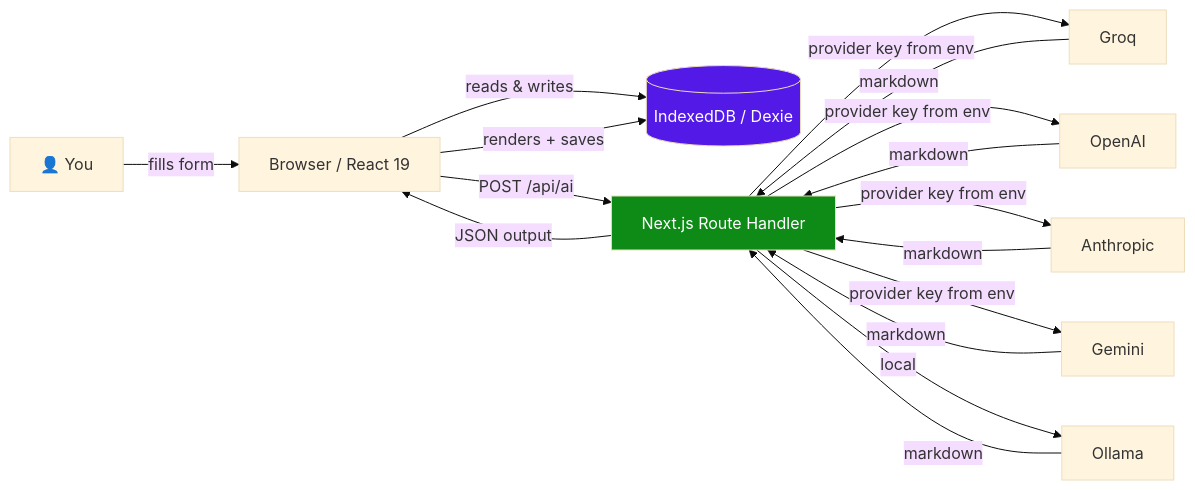
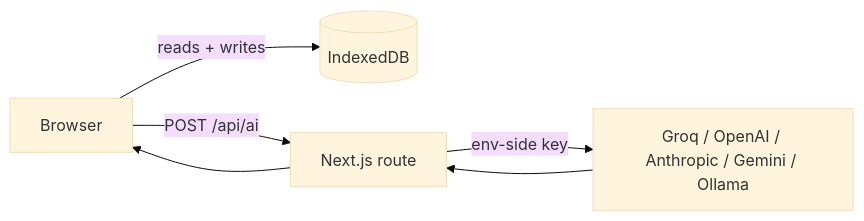
The second of 2 diagrams in README.md (avinashgaurav/pm-os), drawn with Mermaid (base theme) before and after one commit. The commit also changed other lines of this file, not shown here.

````diff
--- a/README.md
+++ b/README.md
@@ -115,16 +131,7 @@
 ```mermaid
 flowchart LR
-    U[👤 You] -->|fills form| C[Browser / React 19]
-    C -->|reads & writes| D[(IndexedDB / Dexie)]
-    C -->|POST /api/ai| S[Next.js Route Handler]
-    S -->|provider key from env| G[Groq]
-    S -->|provider key from env| O[OpenAI]
-    S -->|provider key from env| A[Anthropic]
-    S -->|provider key from env| GE[Gemini]
-    S -->|local| OL[Ollama]
-    G & O & A & GE & OL -->|markdown| S
-    S -->|JSON output| C
-    C -->|renders + saves| D
-    style D fill:#5319e7,color:#fff
-    style S fill:#0e8a16,color:#fff
+    U[Browser] -->|reads + writes| D[(IndexedDB)]
+    U -->|POST /api/ai| S[Next.js route]
+    S -->|env-side key| P[Groq / OpenAI / Anthropic / Gemini / Ollama]
+    P --> S --> U
 ```
````
